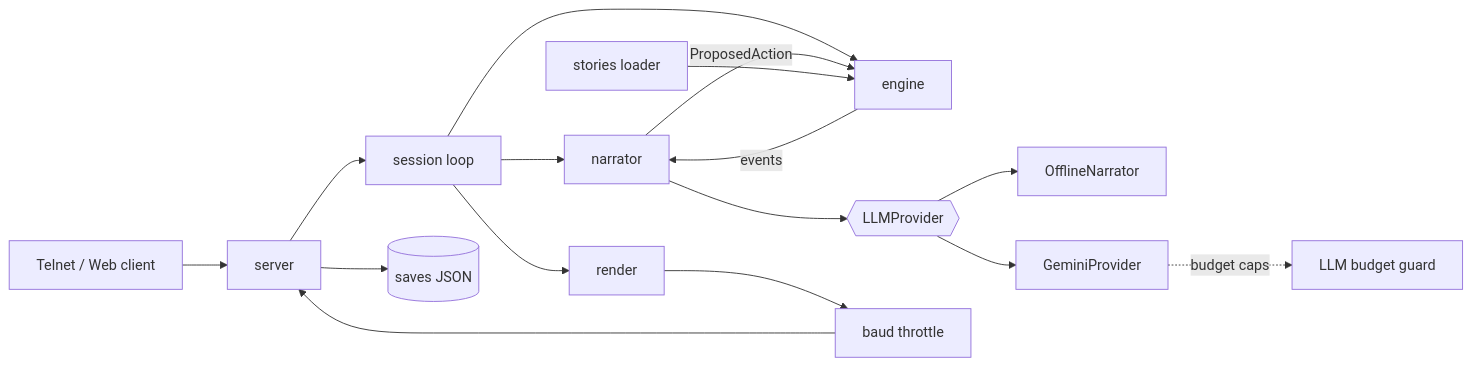
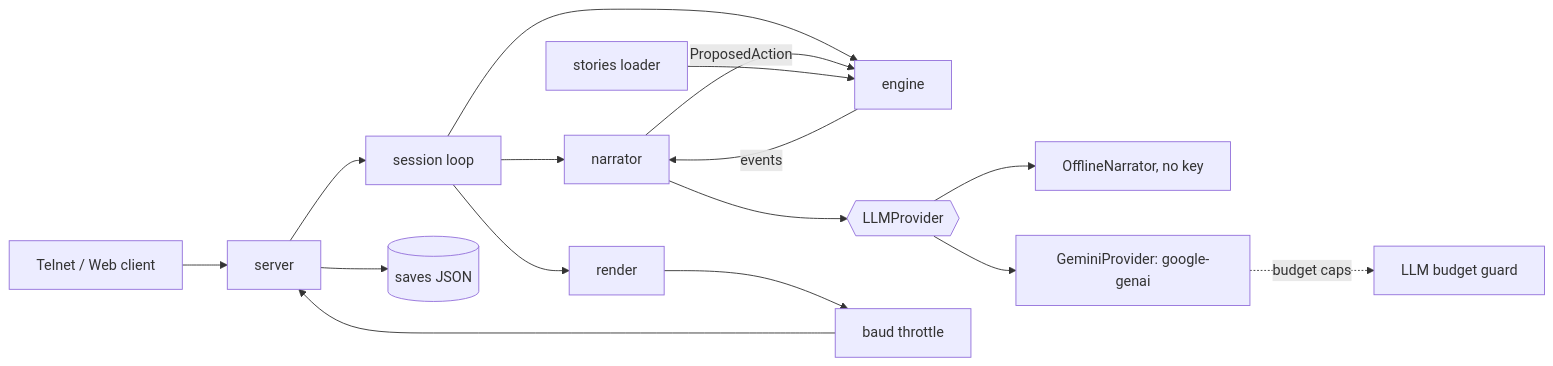
Before and after one commit to rcruz63/bssmaze: the first of 3 diagrams in .kiro/specs/telnet-tales/design.md, drawn with Mermaid. The commit also changed other lines of this file and 15 other files, not shown here.

First line of the commit message:
docs: align spec on cloud run, shared render pipeline, gemini narrator; add devlog

````diff
--- a/.kiro/specs/telnet-tales/design.md
+++ b/.kiro/specs/telnet-tales/design.md
@@ -9,17 +9,17 @@
 ```mermaid
 flowchart LR
   Client[Telnet / Web client] --> Server[server]
   Server --> Session[session loop]
   Session --> Narrator[narrator]
   Session --> Engine[engine]
   Session --> Render[render]
   Narrator -->|ProposedAction| Engine
   Narrator --> Provider{{LLMProvider}}
-  Provider --> Offline[OfflineNarrator]
-  Provider --> Gemini[GeminiProvider]
+  Provider --> Offline[OfflineNarrator, no key]
+  Provider --> Gemini[GeminiProvider: google-genai]
   Gemini -.->|budget caps| Guard[LLM budget guard]
   Stories[stories loader] --> Engine
   Engine -->|events| Narrator
   Render --> Throttle[baud throttle] --> Server
   Server --> Saves[(saves JSON)]
 ```
````
